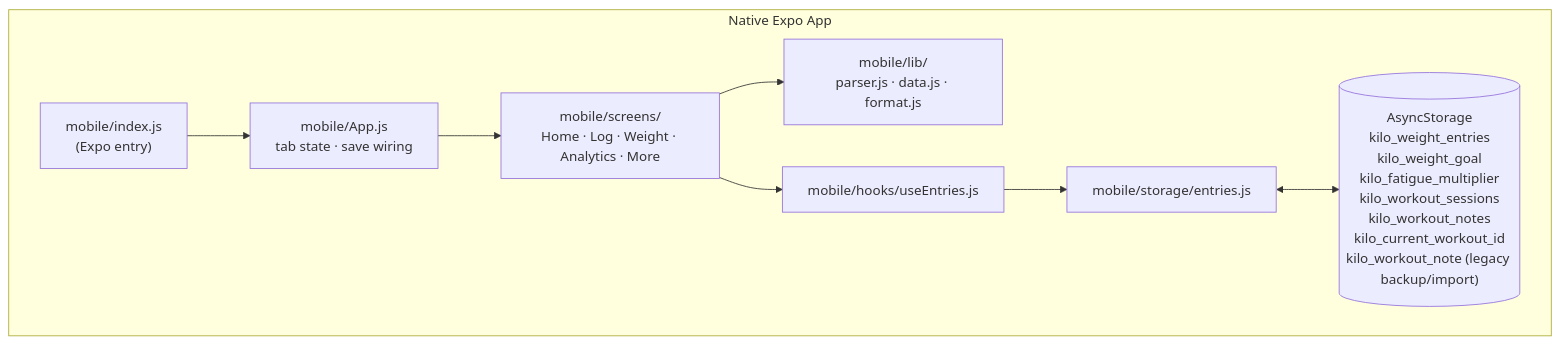
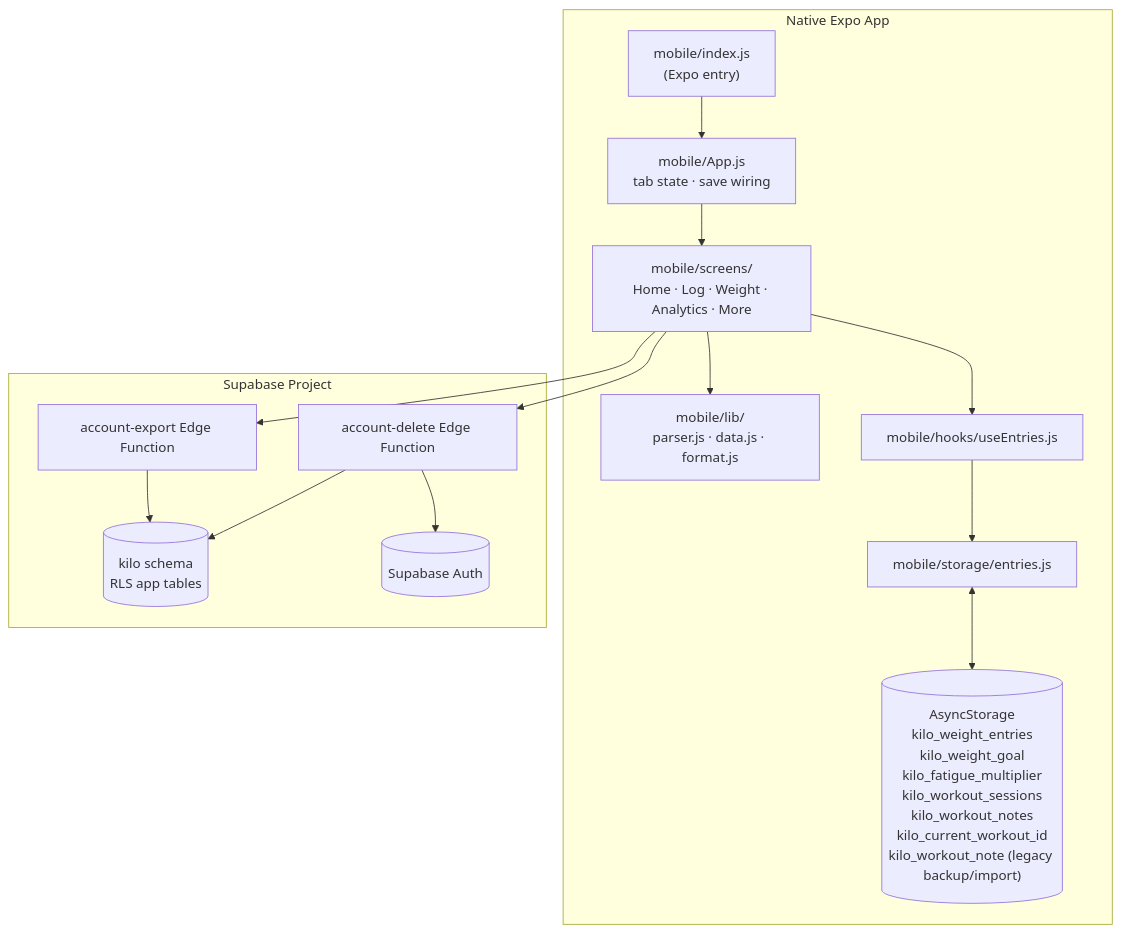
Before and after one commit to bpronin90/kilo: the diagram in docs/architecture.md, drawn with Mermaid. The commit also changed other lines of this file and 9 other files, not shown here.

````diff
--- a/docs/architecture.md
+++ b/docs/architecture.md
@@ -13,19 +13,30 @@
 ```mermaid
 graph TD
     subgraph expo["Native Expo App"]
         ExpoEntry["mobile/index.js\n(Expo entry)"]
         AppJs["mobile/App.js\ntab state · save wiring"]
         NativeScreens["mobile/screens/\nHome · Log · Weight · Analytics · More"]
         NativeLib["mobile/lib/\nparser.js · data.js · format.js"]
         NativeHooks["mobile/hooks/useEntries.js"]
         NativeStorage["mobile/storage/entries.js"]
         AS[("AsyncStorage\nkilo_weight_entries\nkilo_weight_goal\nkilo_fatigue_multiplier\nkilo_workout_sessions\nkilo_workout_notes\nkilo_current_workout_id\nkilo_workout_note (legacy backup/import)")]
     end
+    subgraph supabase["Supabase Project"]
+        EdgeExport["account-export Edge Function"]
+        EdgeDelete["account-delete Edge Function"]
+        KiloSchema[("kilo schema\nRLS app tables")]
+        Auth[("Supabase Auth")]
+    end
 
     ExpoEntry --> AppJs
     AppJs --> NativeScreens
     NativeScreens --> NativeLib
     NativeScreens --> NativeHooks
     NativeHooks --> NativeStorage
     NativeStorage <--> AS
+    NativeScreens --> EdgeExport
+    NativeScreens --> EdgeDelete
+    EdgeExport --> KiloSchema
+    EdgeDelete --> KiloSchema
+    EdgeDelete --> Auth
 ```
````
